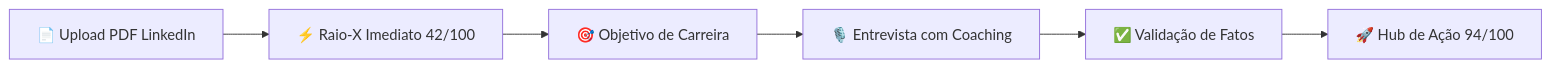
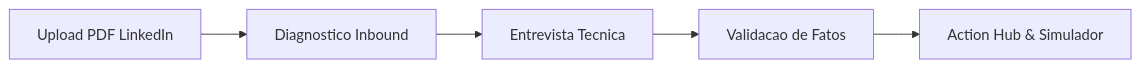
The diagram in README.md (MiguelFAraujo/linkegringo), drawn with Mermaid before and after one commit. The commit also changed other lines of this file and 5 other files, not shown here.

````diff
--- a/README.md
+++ b/README.md
@@ -37,8 +37,7 @@
 ```mermaid
 flowchart LR
-    A[📄 Upload PDF LinkedIn] --> B[⚡ Raio-X Imediato 42/100]
-    B --> C[🎯 Objetivo de Carreira]
-    C --> D[🎙️ Entrevista com Coaching]
-    D --> E[✅ Validação de Fatos]
-    E --> F[🚀 Hub de Ação 94/100]
+    A[Upload PDF LinkedIn] --> B[Diagnostico Inbound]
+    B --> C[Entrevista Tecnica]
+    C --> D[Validacao de Fatos]
+    D --> E[Action Hub & Simulador]
 ```
````
